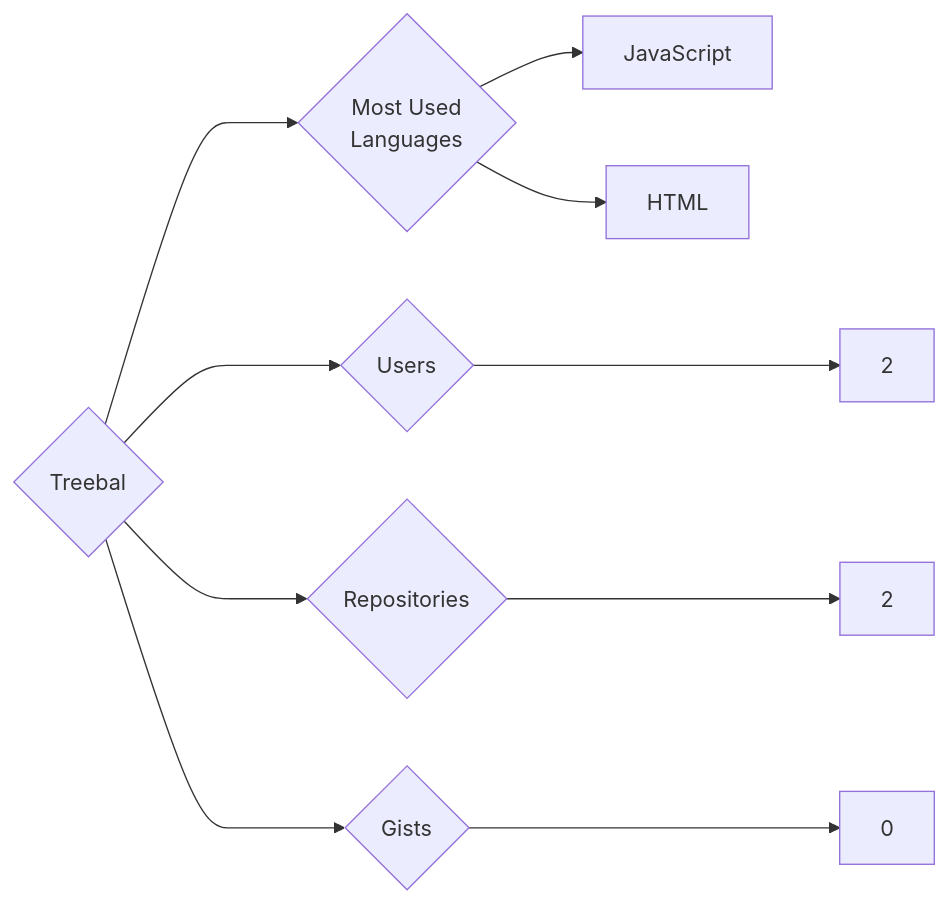
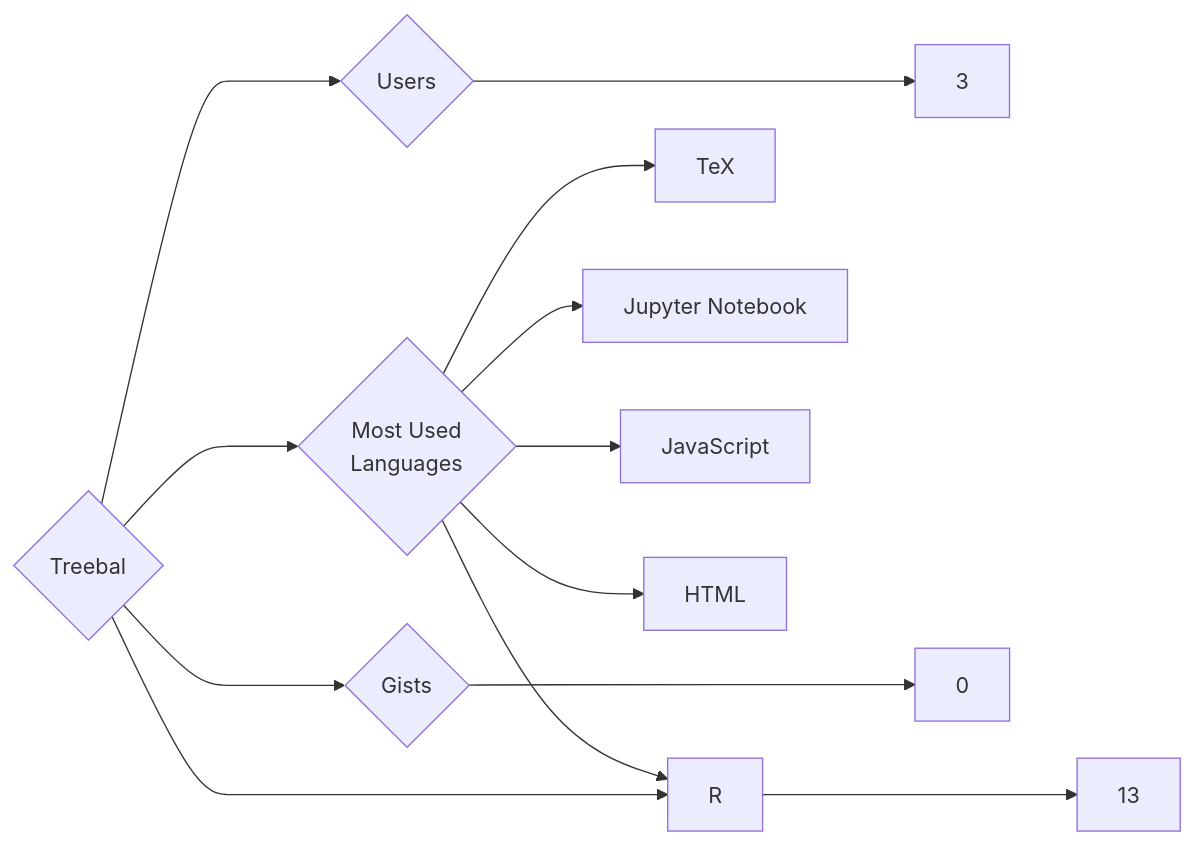
One commit to trickest/insiders changed the diagram in targets/Treebal/README.md. Above: the diagram before and after it, drawn with Mermaid. The commit also changed 1389 other files, not shown here.

````diff
--- a/targets/Treebal/README.md
+++ b/targets/Treebal/README.md
@@ -3,10 +3,13 @@
 ```mermaid
 graph LR
 COMPANY_NAME{Treebal}
-COMPANY_NAME ---> U{Users} ---> UN[2]
-COMPANY_NAME ---> R{Repositories} ---> RN[2]
+COMPANY_NAME ---> U{Users} ---> UN[3]
+COMPANY_NAME ---> R{Repositories} ---> RN[13]
 COMPANY_NAME ---> G{Gists} ---> GN[0]
 COMPANY_NAME ---> ML{Most Used<br>Languages}
+ML --> TeX[TeX]
+ML --> Jupyter_Notebook[Jupyter Notebook]
+ML --> R[R]
 ML --> JavaScript[JavaScript]
 ML --> HTML[HTML]
 ```
````
